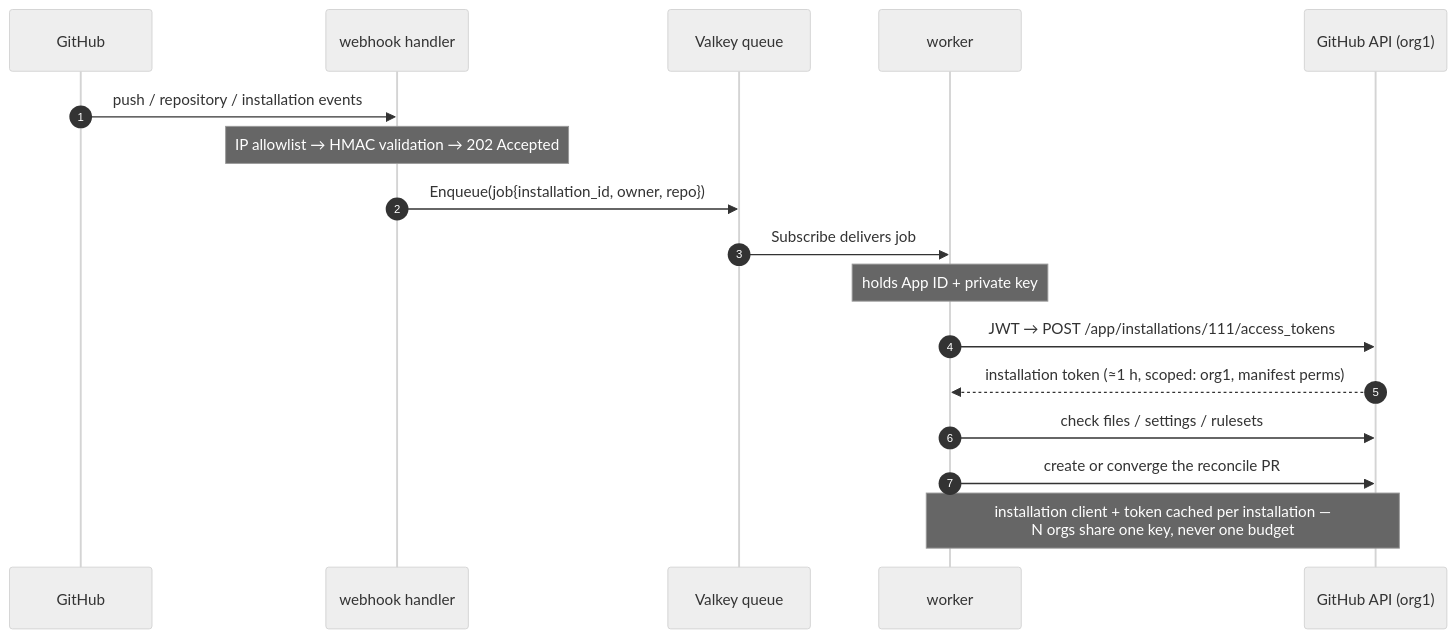
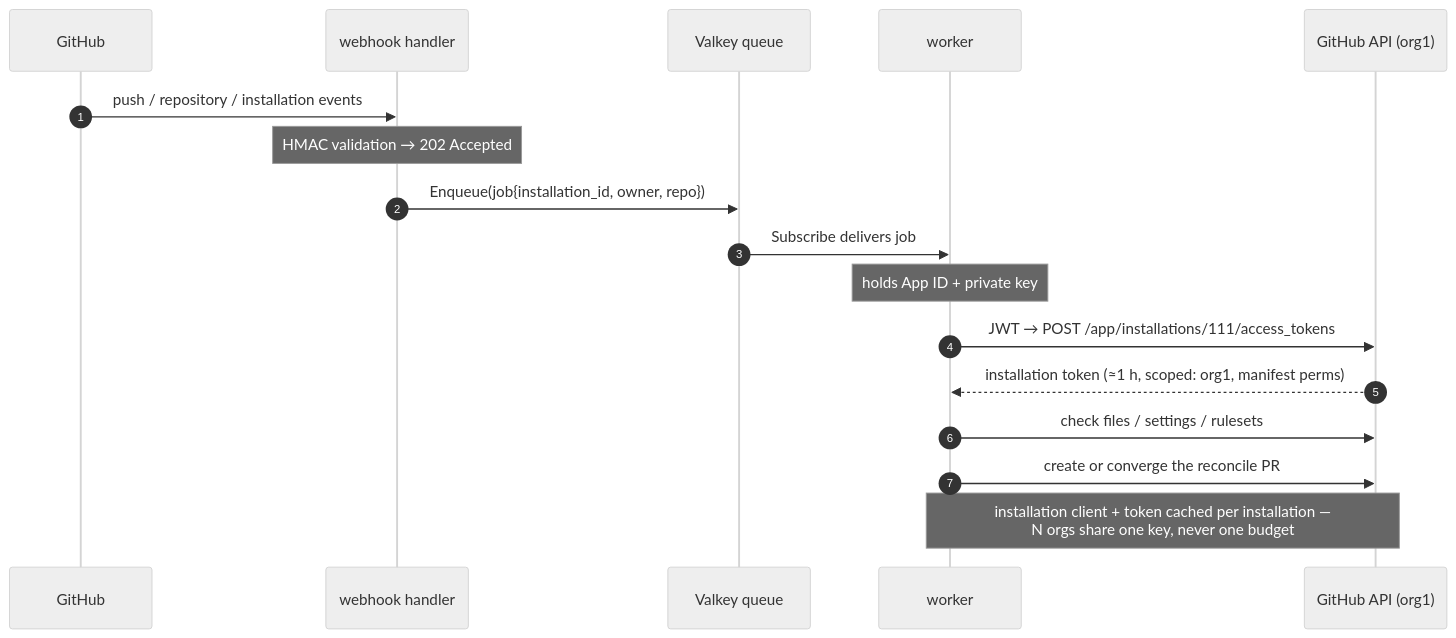
One commit to donaldgifford/repo-guardian changed the second of 2 diagrams in docs/operations/ent-setup.md. Above: the diagram before and after it, drawn with Mermaid (neutral theme). The commit also changed other lines of this file and 51 other files, not shown here.

````diff
--- a/docs/operations/ent-setup.md
+++ b/docs/operations/ent-setup.md
@@ -291,20 +293,20 @@
 ```mermaid
 sequenceDiagram
     autonumber
     participant GH as GitHub
     participant WH as webhook handler
     participant Q as Valkey queue
     participant W as worker
     participant API as GitHub API (org1)
 
     GH->>WH: push / repository / installation events
-    Note over WH: IP allowlist → HMAC validation → 202 Accepted
+    Note over WH: HMAC validation → 202 Accepted
     WH->>Q: Enqueue(job{installation_id, owner, repo})
     Q->>W: Subscribe delivers job
     Note over W: holds App ID + private key
     W->>API: JWT → POST /app/installations/111/access_tokens
     API-->>W: installation token (≈1 h, scoped: org1, manifest perms)
     W->>API: check files / settings / rulesets
     W->>API: create or converge the reconcile PR
     Note over W,API: installation client + token cached per installation —<br/>N orgs share one key, never one budget
 ```
````
